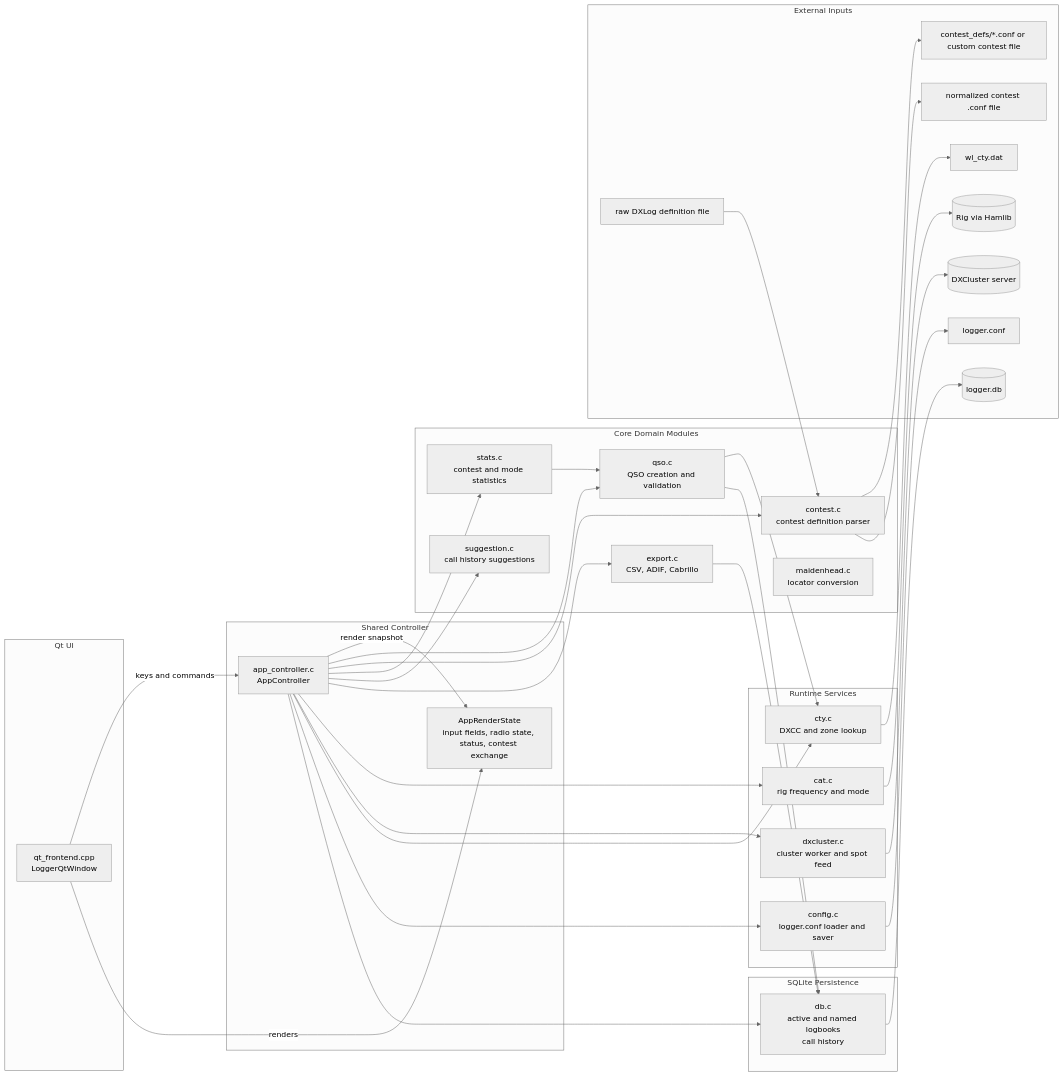
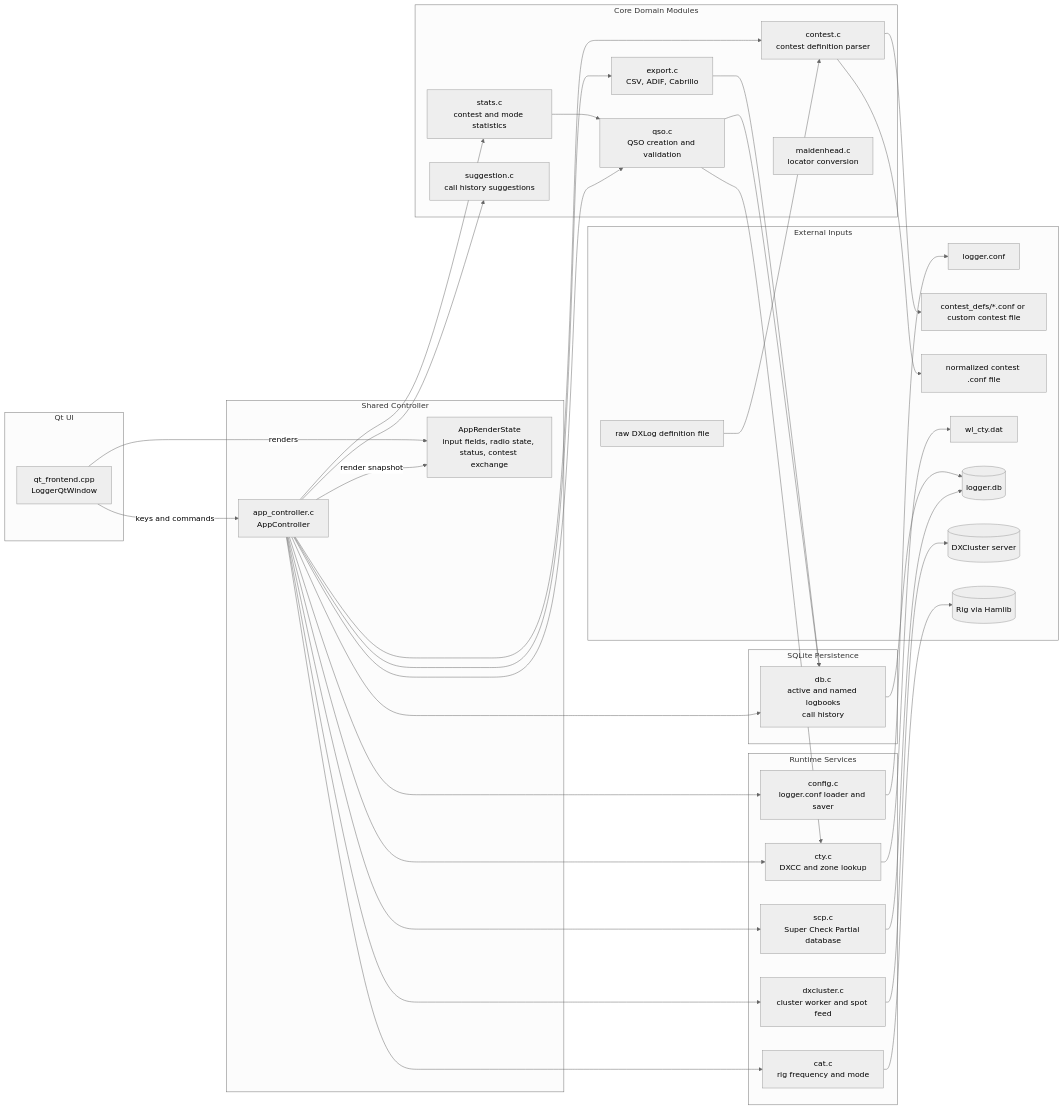
Before and after one commit to darvark/lcl: the second of 2 diagrams in README.md, drawn with Mermaid (neutral theme). The commit also changed other lines of this file and 63 other files, not shown here.

````diff
--- a/README.md
+++ b/README.md
@@ -18,68 +319,71 @@
 ```mermaid
 flowchart LR
 	subgraph UI[Qt UI]
 		Qt[qt_frontend.cpp\nLoggerQtWindow]
 	end
 
 	subgraph Controller[Shared Controller]
 		App[app_controller.c\nAppController]
 		State[AppRenderState\ninput fields, radio state, status, contest exchange]
 	end
 
 	subgraph Core[Core Domain Modules]
 		QSO[qso.c\nQSO creation and validation]
 		Contest[contest.c\ncontest definition parser]
 		Stats[stats.c\ncontest and mode statistics]
 		Suggestion[suggestion.c\ncall history suggestions]
 		Export[export.c\nCSV, ADIF, Cabrillo]
 		Maidenhead[maidenhead.c\nlocator conversion]
 	end
 
 	subgraph Services[Runtime Services]
 		CAT[cat.c\nrig frequency and mode]
 		DXC[dxcluster.c\ncluster worker and spot feed]
 		CTY[cty.c\nDXCC and zone lookup]
+		SCP[scp.c\nSuper Check Partial database]
 		Config[config.c\nlogger.conf loader and saver]
 	end
 
 	subgraph Persistence[SQLite Persistence]
 		DB[db.c\nactive and named logbooks\ncall history]
 	end
 
 	subgraph External[External Inputs]
 		Conf[logger.conf]
 		ContestDefs[contest_defs/*.conf or custom contest file]
 		DXLogRaw[raw DXLog definition file]
 		ImportedDef[normalized contest .conf file]
 		CTYFile[wl_cty.dat]
 		SQLite[(logger.db)]
 		Cluster[(DXCluster server)]
 		Rig[(Rig via Hamlib)]
 	end
 
 	Qt -->|keys and commands| App
 	App -->|render snapshot| State
 	Qt -->|renders| State
 	App --> QSO
 	App --> Contest
 	App --> Stats
 	App --> Suggestion
 	App --> Export
 	App --> CAT
 	App --> DXC
 	App --> CTY
+	App --> SCP
 	App --> Config
 	App --> DB
 	QSO --> CTY
 	QSO --> DB
 	Stats --> QSO
 	Export --> DB
 	Config --> Conf
 	Contest --> ContestDefs
 	Contest --> ImportedDef
 	DXLogRaw --> Contest
 	CTY --> CTYFile
+	SCP --> SQLite
 	DB --> SQLite
 	DXC --> Cluster
 	CAT --> Rig
 ```
````
